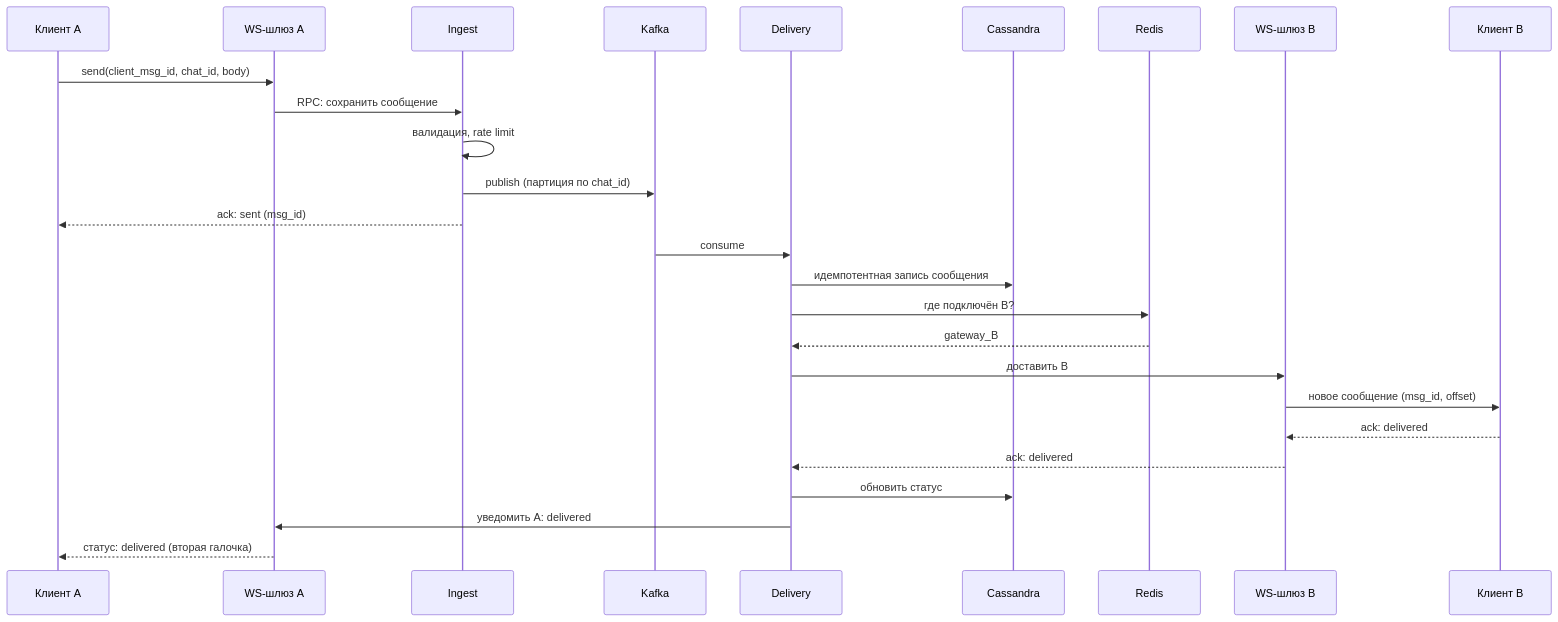
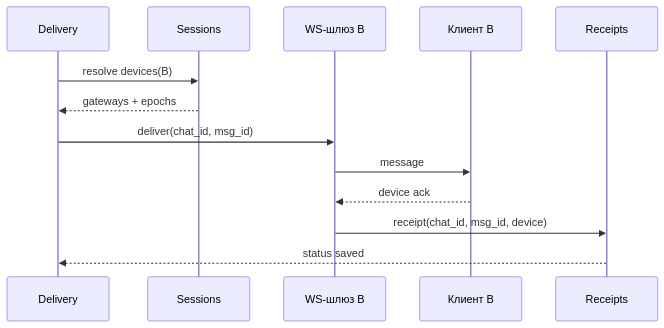
Before and after one commit to AlohaJava/system-design-interview-chamkin: the third of 6 diagrams in 02-case-studies/chat-messenger.md, drawn with Mermaid. The commit also changed other lines of this file and 49 other files, not shown here.

````diff
--- a/02-case-studies/chat-messenger.md
+++ b/02-case-studies/chat-messenger.md
@@ -153,29 +146,15 @@
 ```mermaid
 sequenceDiagram
-    participant CA as Клиент A
-    participant GW as WS-шлюз A
-    participant ING as Ingest
-    participant MQ as Kafka
-    participant DEL as Delivery
-    participant DB as Cassandra
-    participant RD as Redis
-    participant GB as WS-шлюз B
-    participant CB as Клиент B
-
-    CA->>GW: send(client_msg_id, chat_id, body)
-    GW->>ING: RPC: сохранить сообщение
-    ING->>ING: валидация, rate limit
-    ING->>MQ: publish (партиция по chat_id)
-    ING-->>CA: ack: sent (msg_id)
-    MQ->>DEL: consume
-    DEL->>DB: идемпотентная запись сообщения
-    DEL->>RD: где подключён B?
-    RD-->>DEL: gateway_B
-    DEL->>GB: доставить B
-    GB->>CB: новое сообщение (msg_id, offset)
-    CB-->>GB: ack: delivered
-    GB-->>DEL: ack: delivered
-    DEL->>DB: обновить статус
-    DEL->>GW: уведомить A: delivered
-    GW-->>CA: статус: delivered (вторая галочка)
+    participant D as Delivery
+    participant R as Sessions
+    participant G as WS-шлюз B
+    participant C as Клиент B
+    participant S as Receipts
+    D->>R: resolve devices(B)
+    R-->>D: gateways + epochs
+    D->>G: deliver(chat_id, msg_id)
+    G->>C: message
+    C-->>G: device ack
+    G->>S: receipt(chat_id, msg_id, device)
+    S-->>D: status saved
 ```
````
